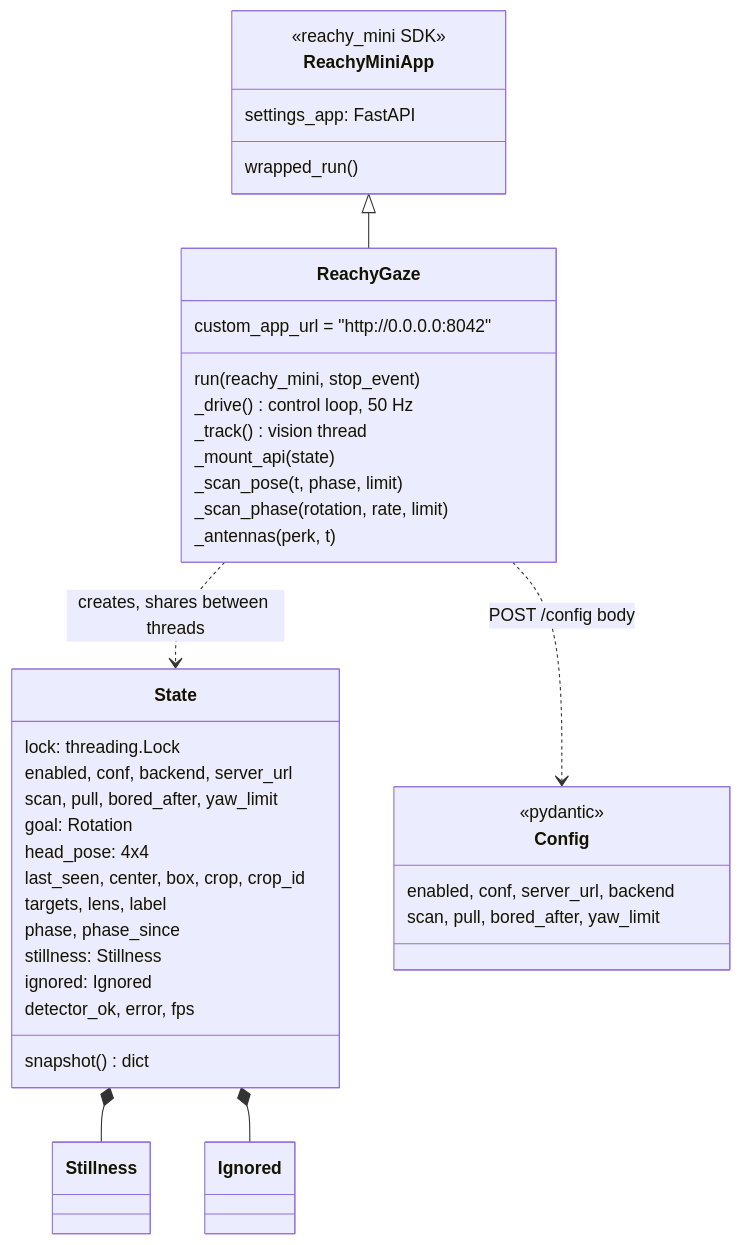
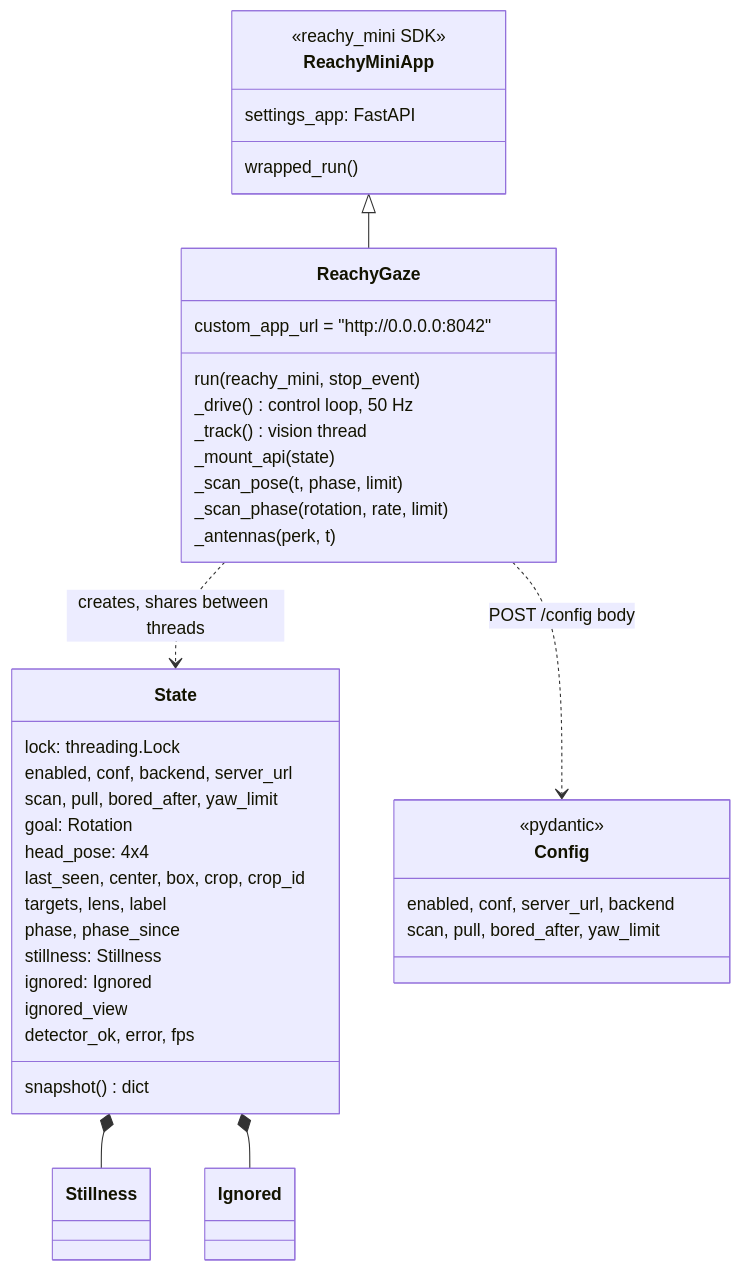
Before and after one commit to belambert/reachy-gaze: the third of 12 diagrams in arch.md, drawn with Mermaid. The commit also changed other lines of this file and 8 other files, not shown here.

````diff
--- a/arch.md
+++ b/arch.md
@@ -79,42 +79,43 @@
 ```mermaid
 classDiagram
     class ReachyMiniApp {
         <<reachy_mini SDK>>
         settings_app: FastAPI
         wrapped_run()
     }
     class ReachyGaze {
         custom_app_url = "http://0.0.0.0:8042"
         run(reachy_mini, stop_event)
         _drive()  control loop, 50 Hz
         _track()  vision thread
         _mount_api(state)
         _scan_pose(t, phase, limit)
         _scan_phase(rotation, rate, limit)
         _antennas(perk, t)
     }
     class State {
         lock: threading.Lock
         enabled, conf, backend, server_url
         scan, pull, bored_after, yaw_limit
         goal: Rotation
         head_pose: 4x4
         last_seen, center, box, crop, crop_id
         targets, lens, label
         phase, phase_since
         stillness: Stillness
         ignored: Ignored
+        ignored_view
         detector_ok, error, fps
         snapshot() dict
     }
     class Config {
         <<pydantic>>
         enabled, conf, server_url, backend
         scan, pull, bored_after, yaw_limit
     }
     ReachyMiniApp <|-- ReachyGaze
     ReachyGaze ..> State : creates, shares between threads
     ReachyGaze ..> Config : POST /config body
     State *-- Stillness
     State *-- Ignored
 ```
````
